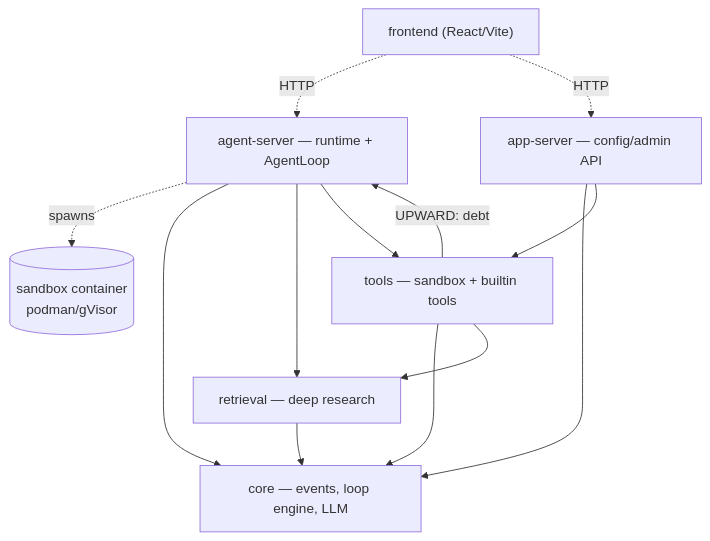
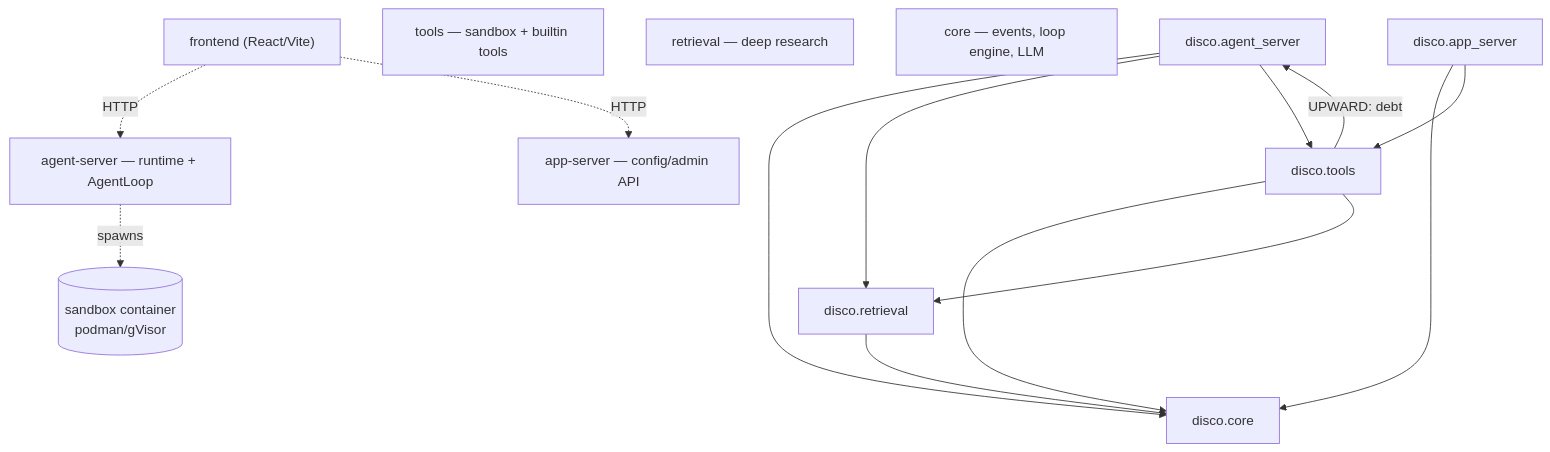
The diagram in docs/architecture.generated.md (Dyluhn/disco), drawn with Mermaid before and after one commit. The commit also changed other lines of this file and 63 other files, not shown here.

````diff
--- a/docs/architecture.generated.md
+++ b/docs/architecture.generated.md
@@ -10,25 +11,25 @@
 ```mermaid
 graph TD
     frontend["frontend (React/Vite)"]
     app_server["app-server — config/admin API"]
     agent_server["agent-server — runtime + AgentLoop"]
     tools["tools — sandbox + builtin tools"]
     retrieval["retrieval — deep research"]
     core["core — events, loop engine, LLM"]
     sandbox[("sandbox container<br/>podman/gVisor")]
     %% runtime (HTTP / spawn) edges — stable, not import-derived
     frontend -.HTTP.-> agent_server
     frontend -.HTTP.-> app_server
     agent_server -.spawns.-> sandbox
-    %% import edges (auto-derived)
-    agent_server --> core
-    agent_server --> retrieval
-    agent_server --> tools
-    app_server --> core
-    app_server --> tools
-    retrieval --> core
-    tools ==>|UPWARD: debt| agent_server
-    tools --> core
-    tools --> retrieval
+    %% import edges (auto-derived from checked context registry)
+    disco.agent_server --> disco.core
+    disco.agent_server --> disco.retrieval
+    disco.agent_server --> disco.tools
+    disco.app_server --> disco.core
+    disco.app_server --> disco.tools
+    disco.retrieval --> disco.core
+    disco.tools ==>|UPWARD: debt| disco.agent_server
+    disco.tools --> disco.core
+    disco.tools --> disco.retrieval
     linkStyle default stroke-width:1px
 ```
````
